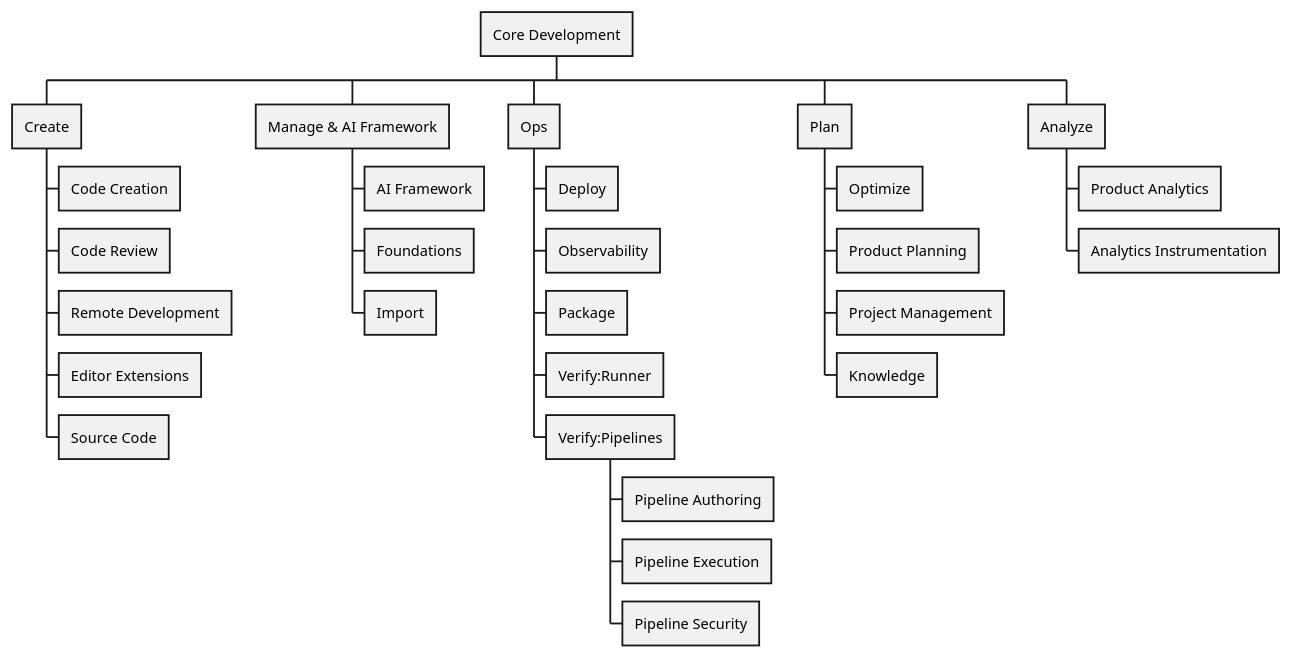
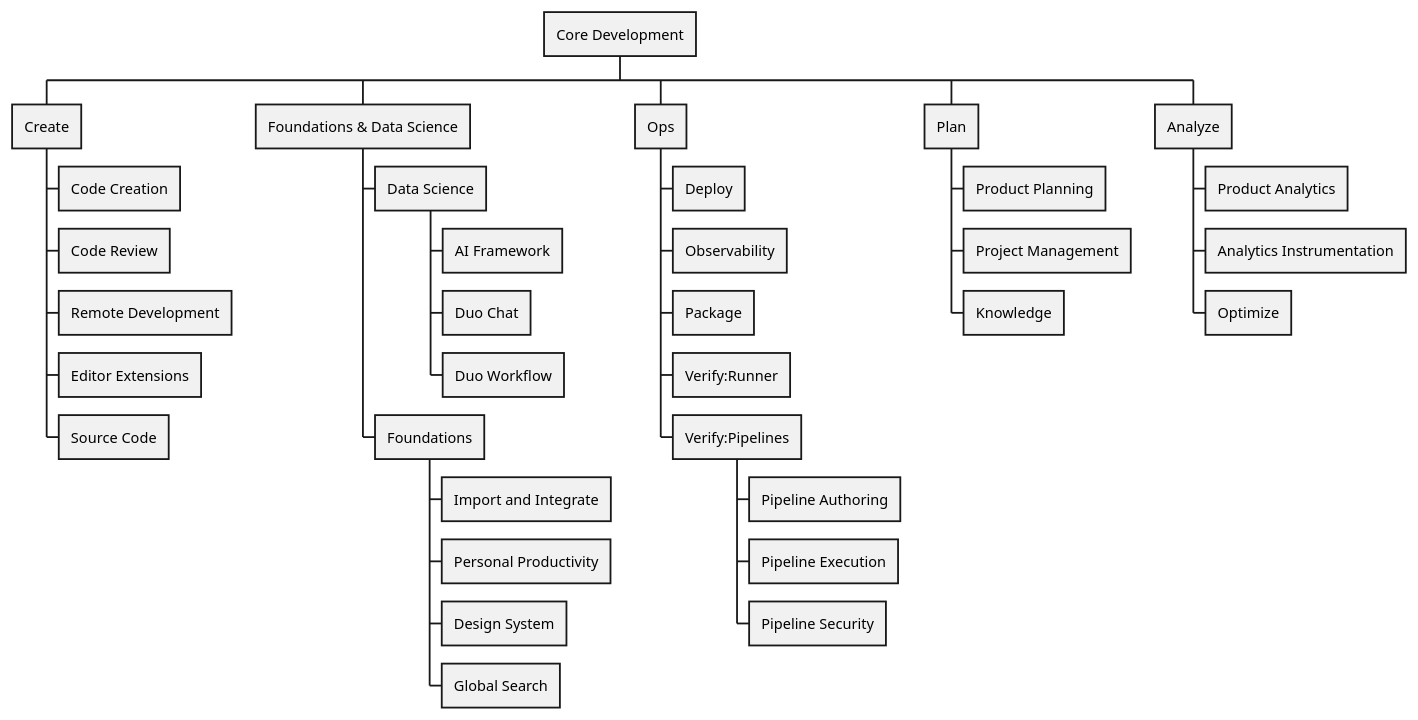
One commit to zalyoung/gitlab-handbook changed the diagram in content/handbook/engineering/core-development.md. Above: the diagram before and after it, drawn with PlantUML.

Commit message:
Update file core-development.md

````diff
--- a/content/handbook/engineering/core-development.md
+++ b/content/handbook/engineering/core-development.md
@@ -107,32 +107,38 @@
 ```plantuml
 @startwbs
 * Core Development
 ** Create
 *** Code Creation
 *** Code Review
 *** Remote Development
 *** Editor Extensions
 *** Source Code
-** Manage & AI Framework
-*** AI Framework
+** Foundations & Data Science
+*** Data Science
+**** AI Framework
+**** Duo Chat
+**** Duo Workflow
 *** Foundations
-*** Import
+**** Import and Integrate
+**** Personal Productivity
+**** Design System
+**** Global Search
 ** Ops
 *** Deploy
 *** Observability
 *** Package
 *** Verify:Runner
 *** Verify:Pipelines
 **** Pipeline Authoring
 **** Pipeline Execution
 **** Pipeline Security
 ** Plan
-*** Optimize
 *** Product Planning
 *** Project Management
 *** Knowledge
 ** Analyze
 *** Product Analytics
 *** Analytics Instrumentation
+*** Optimize
 @endwbs
 ```
````
